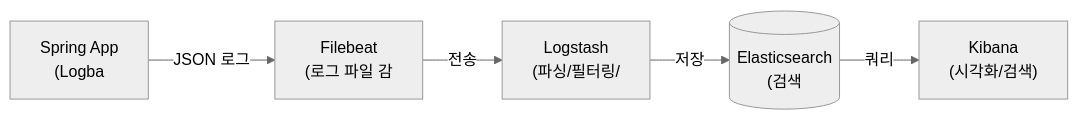
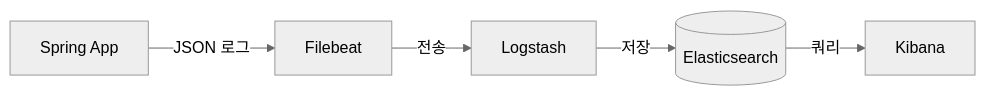
One commit to yjkim2015/yjkim2015.github.io changed the third of 3 diagrams in _posts/monitoring/2026-05-01-monitoring-tools.md. Above: the diagram before and after it, drawn with Mermaid (neutral theme). The commit also changed other lines of this file and 217 other files, not shown here.

First line of the commit message:
Mermaid 크기 수정: useMaxWidth:true + SVG max-width:100% + 라벨 축소

````diff
--- a/_posts/monitoring/2026-05-01-monitoring-tools.md
+++ b/_posts/monitoring/2026-05-01-monitoring-tools.md
@@ -238,7 +238,7 @@
 ```mermaid
 graph LR
-    APP["Spring App\n(Logba"] -->|"JSON 로그"| FB["Filebeat\n(로그 파일 감"]
-    FB -->|"전송"| LS["Logstash\n(파싱/필터링/"]
-    LS -->|"저장"| ES[("Elasticsearch\n(검색")]
-    ES -->|"쿼리"| KI["Kibana\n(시각화/검색)"]
+    APP["Spring App"] -->|"JSON 로그"| FB["Filebeat"]
+    FB -->|"전송"| LS["Logstash"]
+    LS -->|"저장"| ES[("Elasticsearch")]
+    ES -->|"쿼리"| KI["Kibana"]
 ```
````
